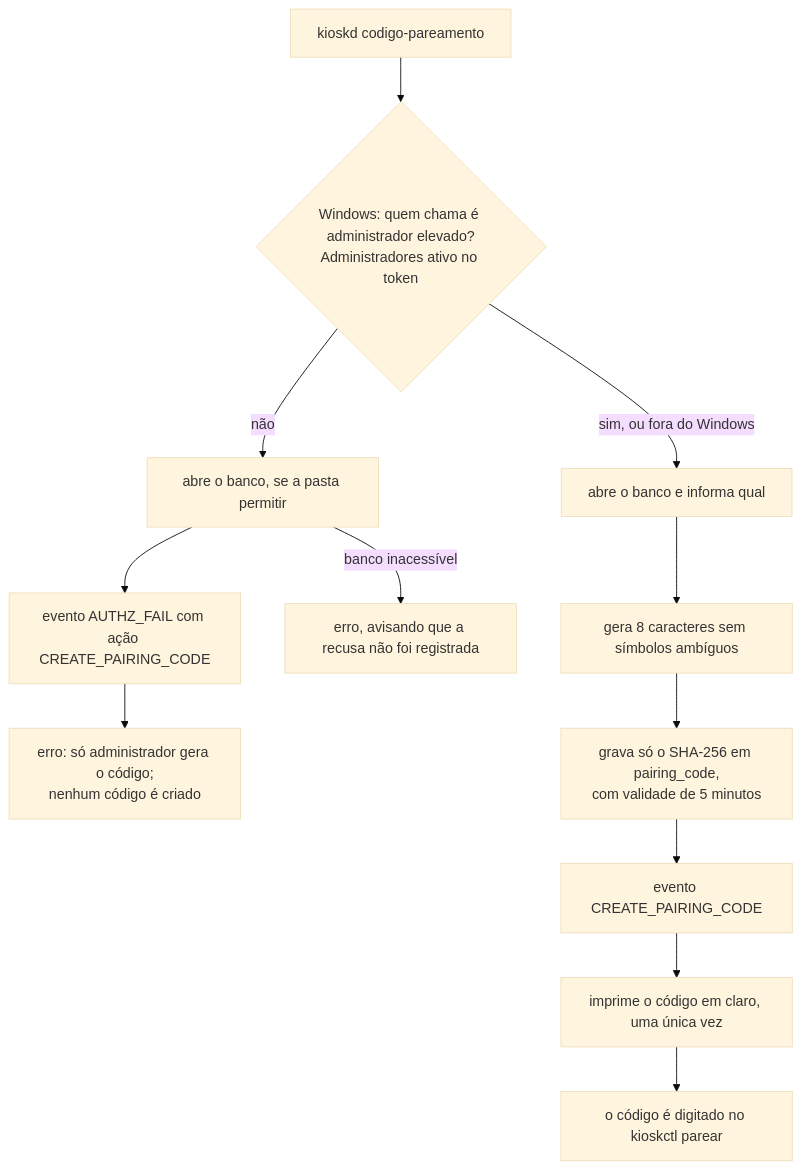
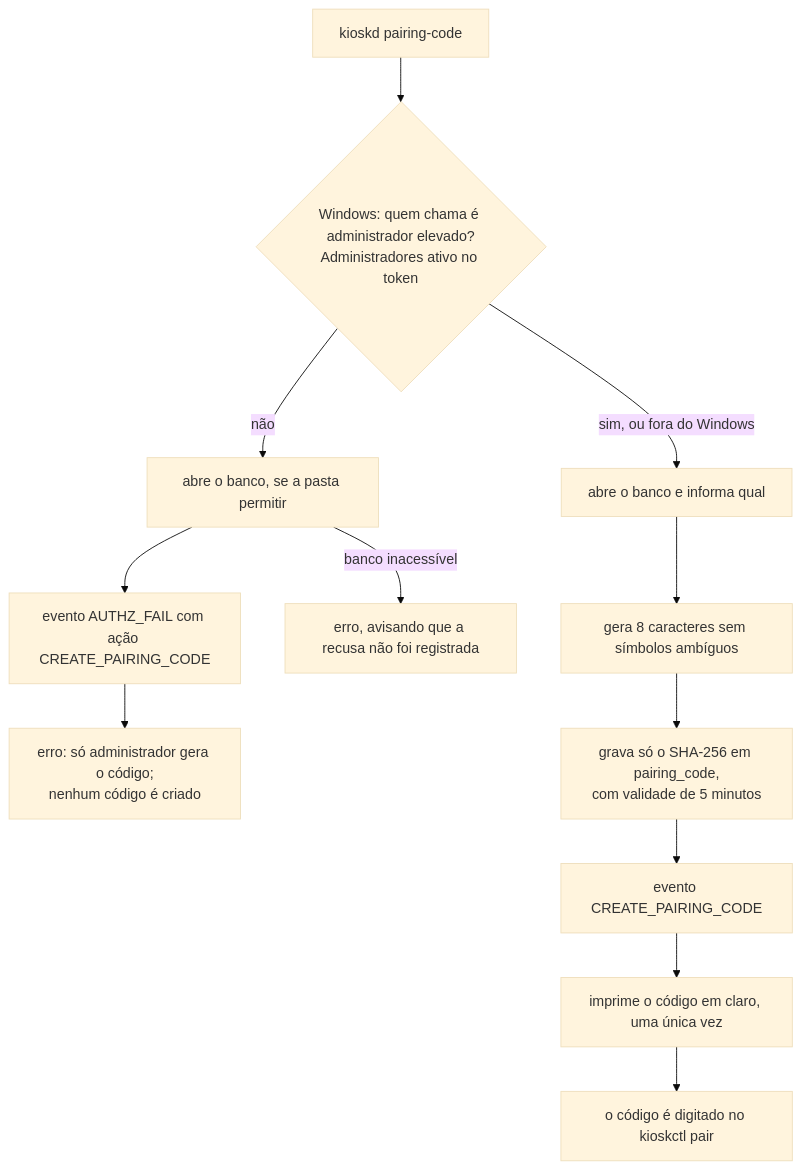
The fourth of 28 diagrams in docs/architecture/fluxos-dos-comandos.md (jefersonlop3s/kiosk-engine), drawn with Mermaid (base theme) before and after one commit. The commit also changed other lines of this file and 43 other files, not shown here.

````diff
--- a/docs/architecture/fluxos-dos-comandos.md
+++ b/docs/architecture/fluxos-dos-comandos.md
@@ -90,14 +90,14 @@
 ```mermaid
 flowchart TD
-    A["kioskd codigo-pareamento"] --> W{"Windows: quem chama é administrador elevado?<br/>Administradores ativo no token"}
+    A["kioskd pairing-code"] --> W{"Windows: quem chama é administrador elevado?<br/>Administradores ativo no token"}
     W -->|não| X["abre o banco, se a pasta permitir"]
     X --> Y["evento AUTHZ_FAIL com ação CREATE_PAIRING_CODE"]
     Y --> E1["erro: só administrador gera o código;<br/>nenhum código é criado"]
     X -->|"banco inacessível"| E2["erro, avisando que a recusa não foi registrada"]
     W -->|"sim, ou fora do Windows"| B["abre o banco e informa qual"]
     B --> C["gera 8 caracteres sem símbolos ambíguos"]
     C --> D["grava só o SHA-256 em pairing_code,<br/>com validade de 5 minutos"]
     D --> E["evento CREATE_PAIRING_CODE"]
     E --> F["imprime o código em claro, uma única vez"]
-    F --> G["o código é digitado no kioskctl parear"]
+    F --> G["o código é digitado no kioskctl pair"]
 ```
````
